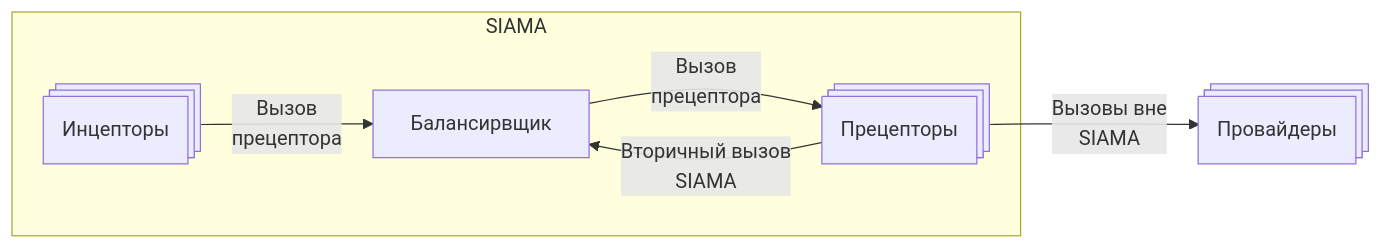
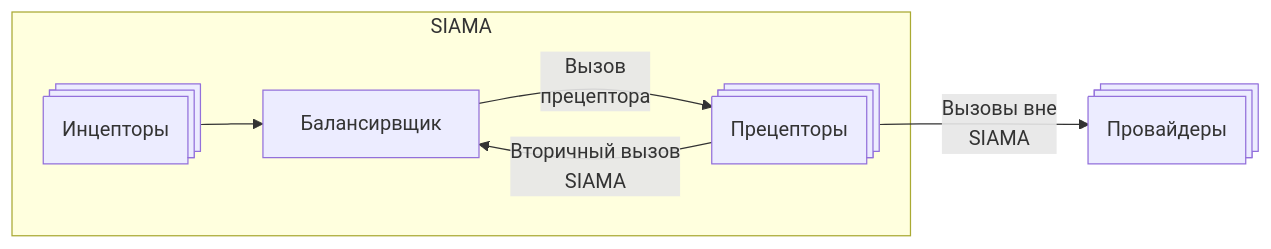
Before and after one commit to johnthesmith/scraps: the fourth of 5 diagrams in ru/siama.md, drawn with Mermaid.

````diff
--- a/ru/siama.md
+++ b/ru/siama.md
@@ -110,16 +110,16 @@
 ```mermaid
 flowchart LR
 
     subgraph SIAMA
-        balancer_inner[ Балансирвщик ]
+        balancer[ Балансирвщик ]
         inceptor([Инцепторы])@{ shape: processes }
         preceptor([Прецепторы])@{ shape: processes }
     end
 
     provider([Провайдеры])@{ shape: processes }
 
-    inceptor --> |Вызов <br> прецептора| balancer_inner
-    balancer_inner --> |Вызов <br> прецептора| preceptor
-    preceptor --> |Вторичный вызов <br> SIAMA| balancer_inner
+    inceptor --> balancer
+    balancer --> |Вызов <br> прецептора| preceptor
+    preceptor --> |Вторичный вызов <br> SIAMA| balancer
     preceptor --> |Вызовы вне<br> SIAMA| provider
 ```
````
